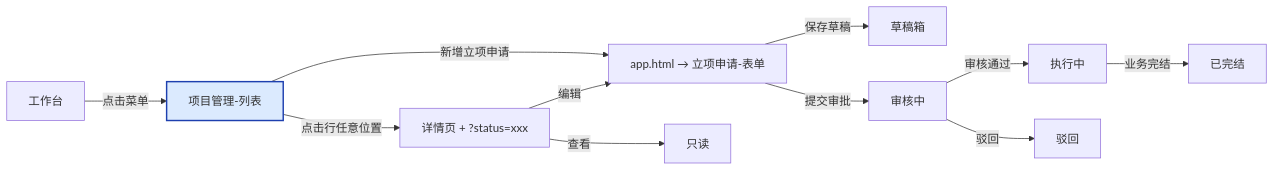
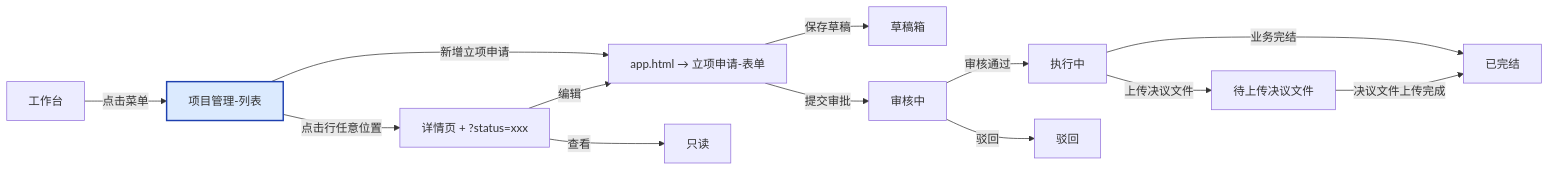
Before and after one commit to Ummyue/gyt-admin: the first of 2 diagrams in docs/p-project-list.md, drawn with Mermaid. The commit also changed other lines of this file and 5 other files, not shown here.

````diff
--- a/docs/p-project-list.md
+++ b/docs/p-project-list.md
@@ -20,15 +20,17 @@
 ```mermaid
 flowchart LR
     A[工作台] -->|点击菜单| B[项目管理-列表]
     B -->|新增立项申请| C[app.html → 立项申请-表单]
     C -->|保存草稿| D[草稿箱]
     C -->|提交审批| E[审核中]
     E -->|审核通过| F[执行中]
     E -->|驳回| G[驳回]
     F -->|业务完结| H[已完结]
+    F -->|上传决议文件| I2[待上传决议文件]
+    I2 -->|决议文件上传完成| H
     B -->|点击行任意位置| J[详情页 + ?status=xxx]
     J -->|查看| K[只读]
     J -->|编辑| C
 
     style B fill:#dbeafe,stroke:#1E40AF,stroke-width:2px
 ```
````
